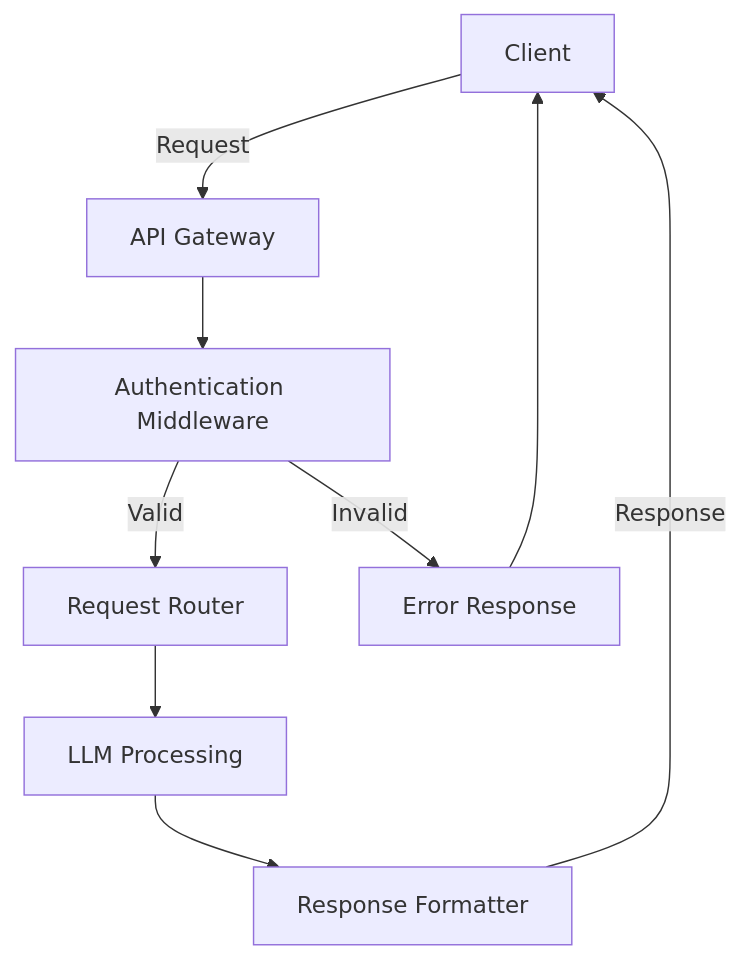
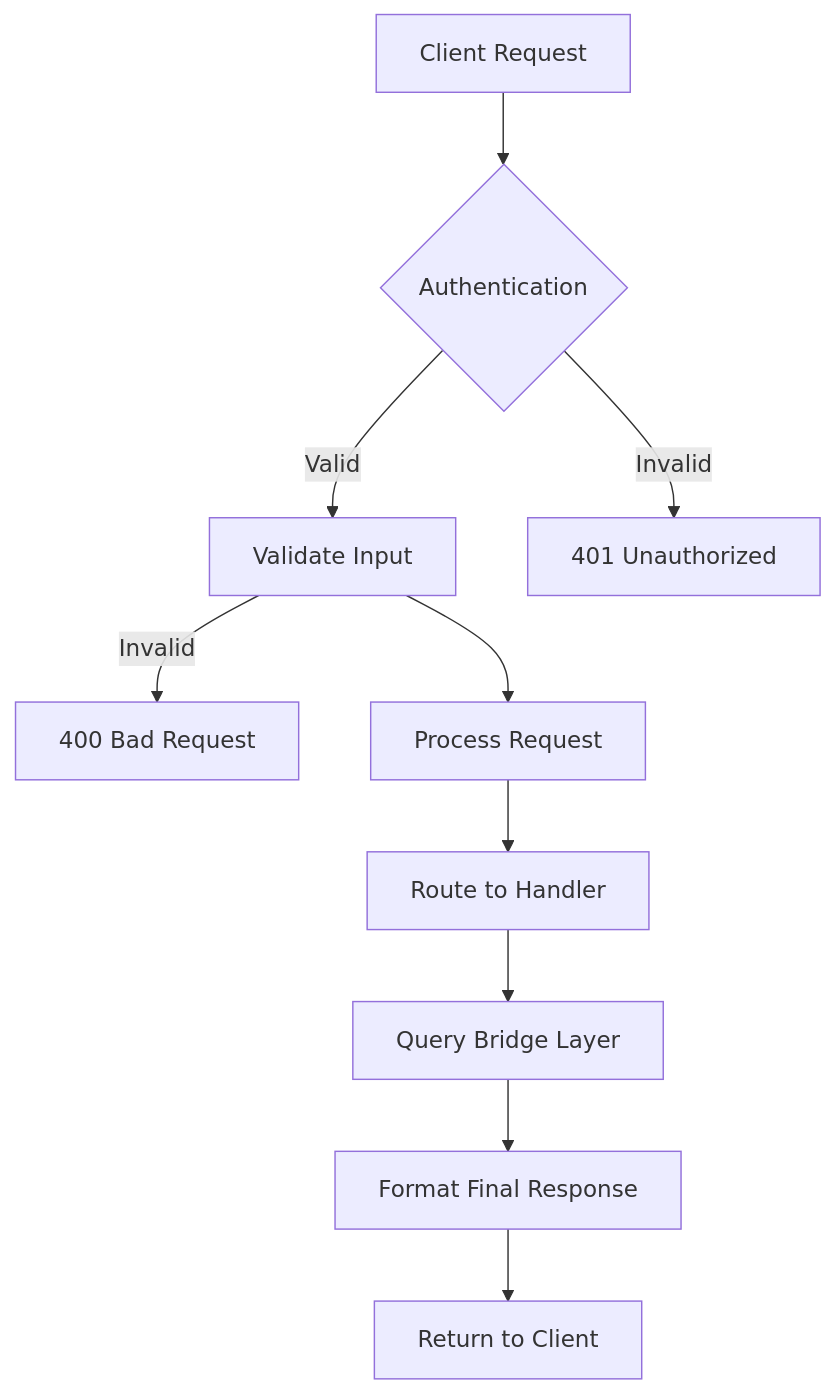
One commit to yana-g/bridge-ai changed the first of 3 diagrams in api/README.md. Above: the diagram before and after it, drawn with Mermaid. The commit also changed other lines of this file, not shown here.

Commit message:
Update api README

````diff
--- a/api/README.md
+++ b/api/README.md
@@ -5,11 +41,15 @@
 ```mermaid
-graph TD
-    A[Client] -->|Request| B[API Gateway]
-    B --> C[Authentication Middleware]
-    C -->|Valid| D[Request Router]
-    D --> E[LLM Processing]
-    E --> F[Response Formatter]
-    F -->|Response| A
-    C -->|Invalid| G[Error Response]
-    G --> A
+flowchart TD
+    A[Client Request] --> B{Authentication}
+    B -->|Valid| C[Validate Input]
+    B -->|Invalid| X[401 Unauthorized]
+
+    C -->|Invalid| Y[400 Bad Request]
+    C --> D[Process Request]
+
+    D --> E[Route to Handler]
+    E --> F[Query Bridge Layer]
+    F --> G[Format Final Response]
+    G --> H[Return to Client]
+
 ```
````
